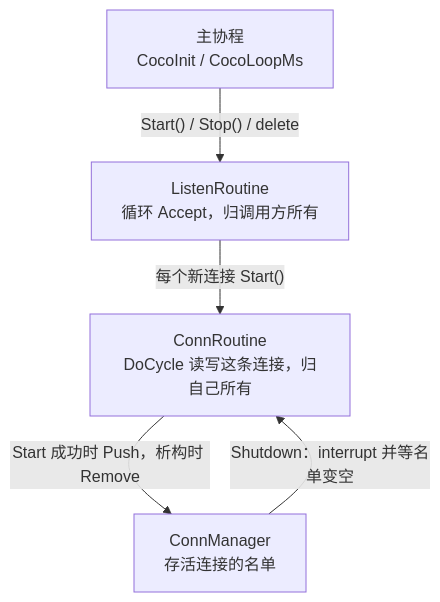
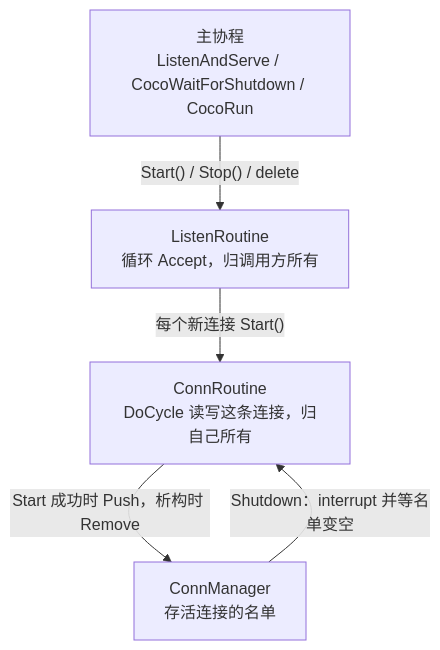
The diagram in .harness/docs/coroutine.md (hydah/coco), drawn with Mermaid before and after one commit. The commit also changed other lines of this file and 145 other files, not shown here.

````diff
--- a/.harness/docs/coroutine.md
+++ b/.harness/docs/coroutine.md
@@ -46,11 +50,11 @@
 ```mermaid
 flowchart TD
-    main["主协程<br/>CocoInit / CocoLoopMs"]
+    main["主协程<br/>ListenAndServe / CocoWaitForShutdown / CocoRun"]
     listen["ListenRoutine<br/>循环 Accept，归调用方所有"]
     conn["ConnRoutine<br/>DoCycle 读写这条连接，归自己所有"]
     mgr["ConnManager<br/>存活连接的名单"]
     main -->|"Start() / Stop() / delete"| listen
     listen -->|"每个新连接 Start()"| conn
     conn -->|"Start 成功时 Push，析构时 Remove"| mgr
     mgr -->|"Shutdown：interrupt 并等名单变空"| conn
 ```
````
